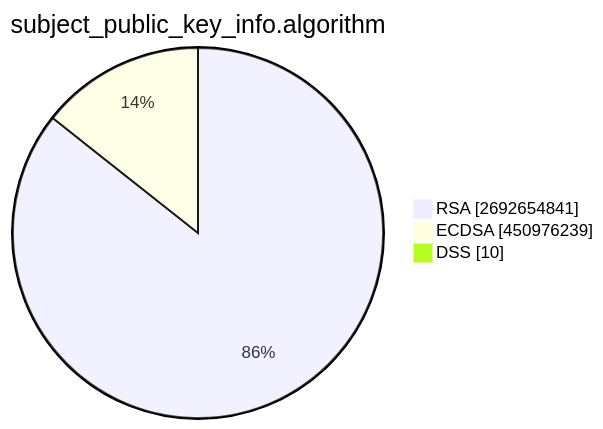
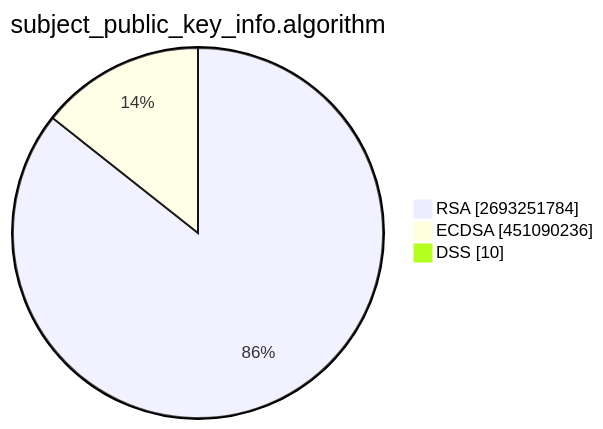
Before and after one commit to christiankrug/ctmonitor_visualization: the second of 15 diagrams in TOTAL/README.md, drawn with Mermaid. The commit also changed other lines of this file, not shown here.

````diff
--- a/TOTAL/README.md
+++ b/TOTAL/README.md
@@ -6,7 +6,7 @@
 ```mermaid
 pie showData
 title subject_public_key_info.algorithm
-"RSA" :2692654841
-"ECDSA" :450976239
+"RSA" :2693251784
+"ECDSA" :451090236
 "DSS" :10
 ```
````
